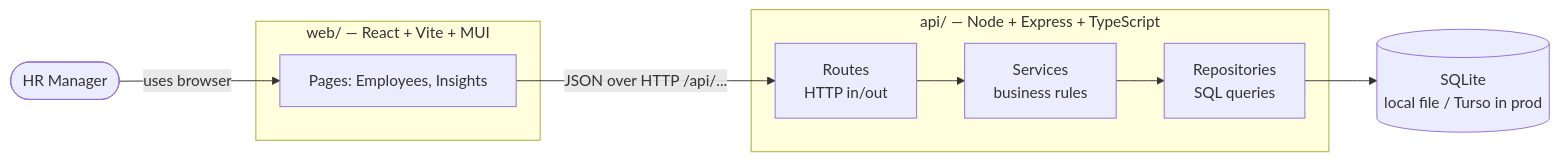
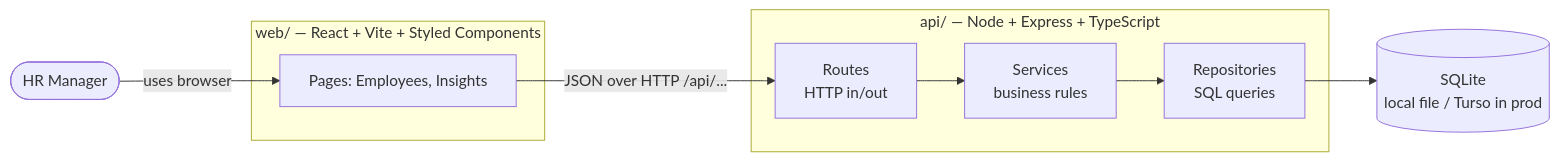
One commit to muskangupta423/Incubyte changed the first of 2 diagrams in docs/02-architecture.md. Above: the diagram before and after it, drawn with Mermaid. The commit also changed other lines of this file and 6 other files, not shown here.

````diff
--- a/docs/02-architecture.md
+++ b/docs/02-architecture.md
@@ -5,16 +5,16 @@
 ```mermaid
 flowchart LR
     HR([HR Manager]) -->|uses browser| WEB
 
-    subgraph Frontend [web/ — React + Vite + MUI]
+    subgraph Frontend [web/ — React + Vite + Styled Components]
         WEB[Pages: Employees, Insights]
     end
 
     subgraph Backend [api/ — Node + Express + TypeScript]
         R[Routes<br/>HTTP in/out] --> S[Services<br/>business rules]
         S --> REPO[Repositories<br/>SQL queries]
     end
 
     WEB -->|JSON over HTTP /api/...| R
     REPO --> DB[(SQLite<br/>local file / Turso in prod)]
 ```
````
